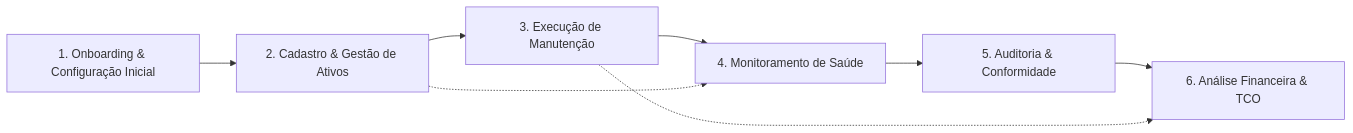
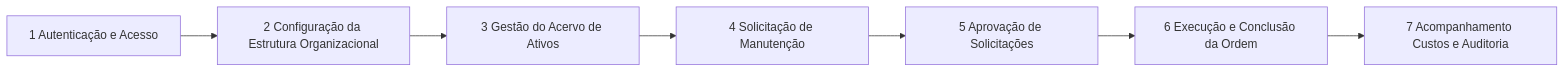
One commit to diogo-rp-menezes/aegispatrimonio changed the diagram in docs/02-backlog/story-map.md. Above: the diagram before and after it, drawn with Mermaid. The commit also changed other lines of this file and 35 other files, not shown here.

````diff
--- a/docs/02-backlog/story-map.md
+++ b/docs/02-backlog/story-map.md
@@ -19,10 +29,9 @@
 ```mermaid
 graph LR
-    A[1. Onboarding & Configuração Inicial] --> B[2. Cadastro & Gestão de Ativos]
-    B --> C[3. Execução de Manutenção]
-    C --> D[4. Monitoramento de Saúde]
-    D --> E[5. Auditoria & Conformidade]
-    E --> F[6. Análise Financeira & TCO]
-    B -.-> D
-    C -.-> F
+    A[1 Autenticação e Acesso] --> B[2 Configuração da Estrutura Organizacional]
+    B --> C[3 Gestão do Acervo de Ativos]
+    C --> D[4 Solicitação de Manutenção]
+    D --> E[5 Aprovação de Solicitações]
+    E --> F[6 Execução e Conclusão da Ordem]
+    F --> G[7 Acompanhamento Custos e Auditoria]
 ```
````
